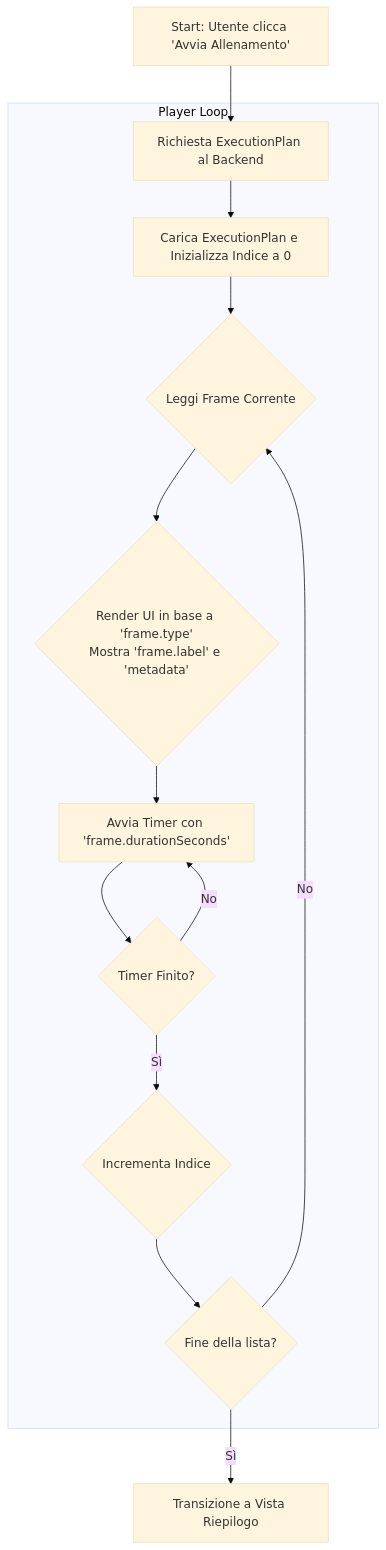
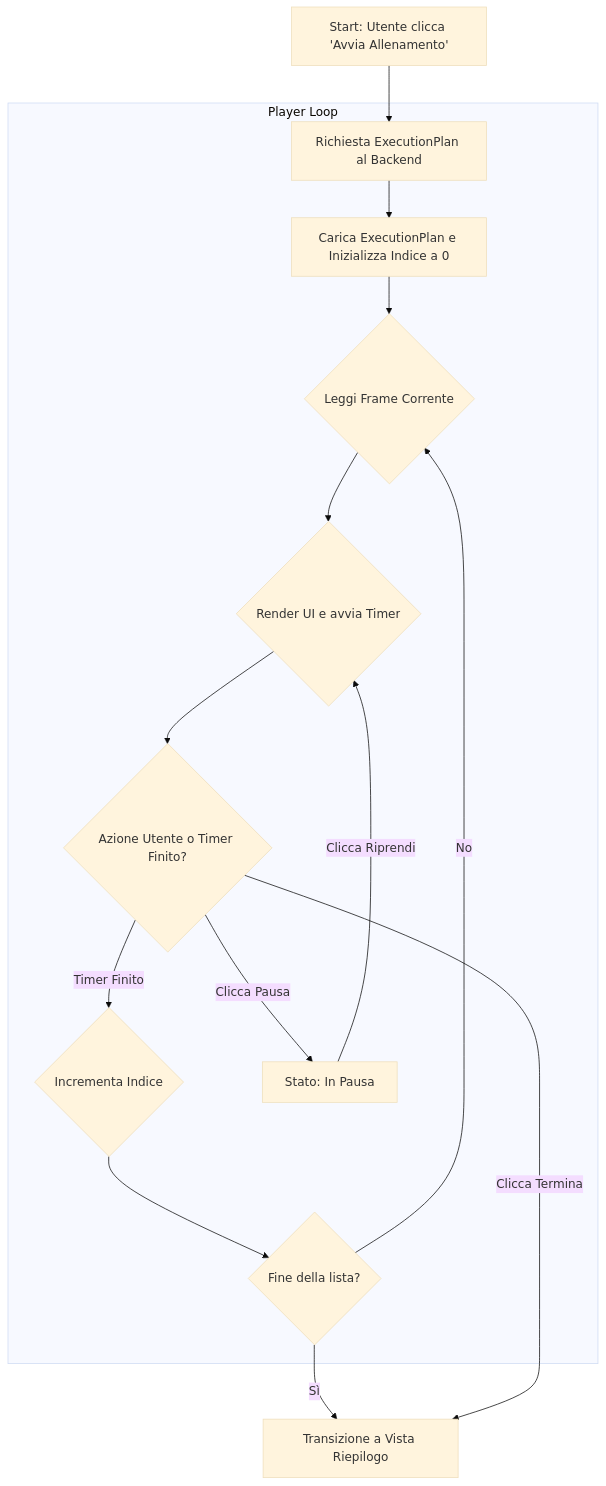
Before and after one commit to BastAldo/mtp.ap0.it: the diagram in docs/flowcharts/03_training_session_flow.md, drawn with Mermaid (base theme). The commit also changed other lines of this file and 1 other file, not shown here.

Commit message:
docs(flowchart): Aggiungere logica di Pausa e Termina al Player

````diff
--- a/docs/flowcharts/03_training_session_flow.md
+++ b/docs/flowcharts/03_training_session_flow.md
@@ -5,18 +5,23 @@
 ```mermaid
 graph TD
     A[Start: Utente clicca 'Avvia Allenamento'] --> B[Richiesta ExecutionPlan al Backend];
-
+    
     subgraph Player Loop
         B --> C[Carica ExecutionPlan e Inizializza Indice a 0];
         C --> D{Leggi Frame Corrente};
-        D --> E{Render UI in base a 'frame.type'<br>Mostra 'frame.label' e 'metadata'};
-        E --> F[Avvia Timer con 'frame.durationSeconds'];
-        F --> G{Timer Finito?};
-        G -- No --> F;
-        G -- Sì --> H{Incrementa Indice};
-        H --> I{Fine della lista?};
-        I -- No --> D;
+        D --> E{Render UI e avvia Timer};
+
+        E --> F{Azione Utente o Timer Finito?};
+        
+        F -- Timer Finito --> G{Incrementa Indice};
+        G --> H{Fine della lista?};
+        H -- No --> D;
+        
+        F -- Clicca Pausa --> I[Stato: In Pausa];
+        I --> |Clicca Riprendi| E;
     end
+    
+    H -- Sì --> K[Transizione a Vista Riepilogo];
+    F -- Clicca Termina --> K;
 
-    I -- Sì --> J[Transizione a Vista Riepilogo];
 ```
````
